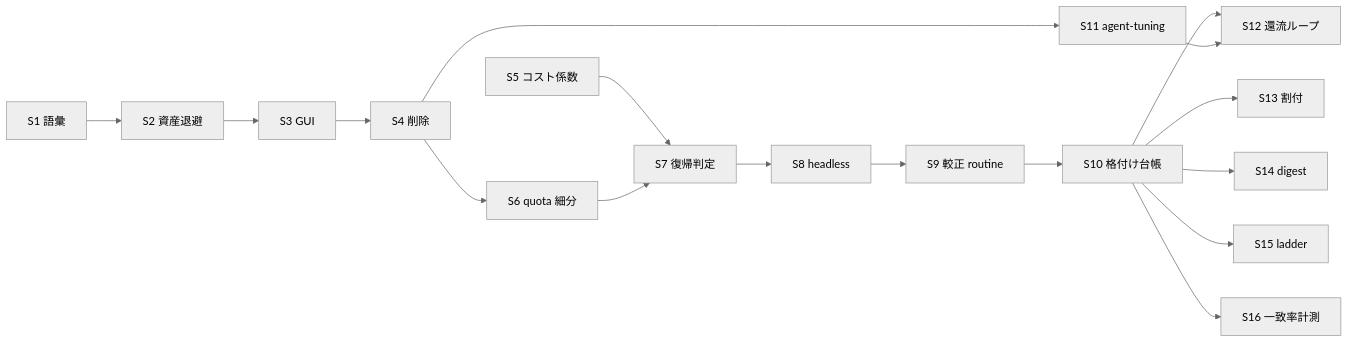
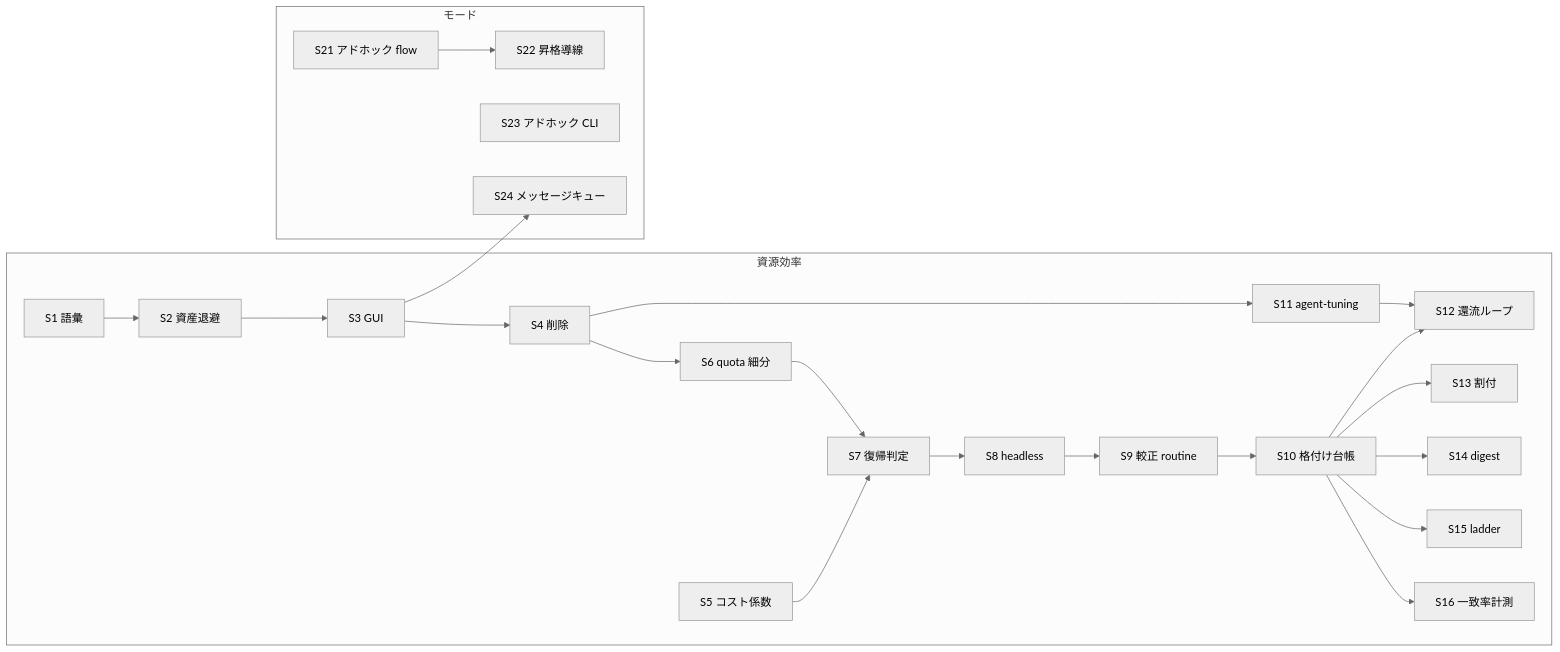
The diagram in docs/plans/2026-08-08-agent-tools-resource-efficiency-plan.md (ynitto/sandbox), drawn with Mermaid (neutral theme) before and after one commit. The commit also changed other lines of this file and 27 other files, not shown here.

````diff
--- a/docs/plans/2026-08-08-agent-tools-resource-efficiency-plan.md
+++ b/docs/plans/2026-08-08-agent-tools-resource-efficiency-plan.md
@@ -311,14 +396,22 @@
 ```mermaid
 flowchart LR
-  S1[S1 語彙] --> S2[S2 資産退避] --> S3[S3 GUI] --> S4[S4 削除]
-  S4 --> S6[S6 quota 細分]
-  S5[S5 コスト係数] --> S7[S7 復帰判定]
-  S6 --> S7 --> S8[S8 headless]
-  S8 --> S9[S9 較正 routine]
-  S9 --> S10[S10 格付け台帳]
-  S4 --> S11[S11 agent-tuning]
-  S10 --> S12[S12 還流ループ]
-  S11 --> S12
-  S10 --> S13[S13 割付] & S14[S14 digest] & S15[S15 ladder]
-  S10 --> S16[S16 一致率計測]
+  subgraph 資源効率
+    S1[S1 語彙] --> S2[S2 資産退避] --> S3[S3 GUI] --> S4[S4 削除]
+    S4 --> S6[S6 quota 細分]
+    S5[S5 コスト係数] --> S7[S7 復帰判定]
+    S6 --> S7 --> S8[S8 headless]
+    S8 --> S9[S9 較正 routine]
+    S9 --> S10[S10 格付け台帳]
+    S4 --> S11[S11 agent-tuning]
+    S10 --> S12[S12 還流ループ]
+    S11 --> S12
+    S10 --> S13[S13 割付] & S14[S14 digest] & S15[S15 ladder]
+    S10 --> S16[S16 一致率計測]
+  end
+  subgraph モード
+    S21[S21 アドホック flow] --> S22[S22 昇格導線]
+    S23[S23 アドホック CLI]
+    S24[S24 メッセージキュー]
+  end
+  S3 --> S24
 ```
````
